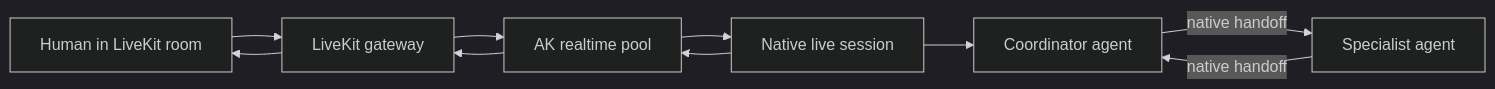
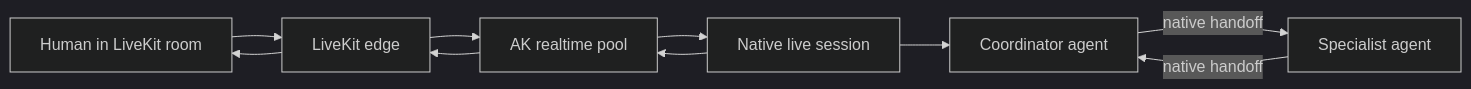
One commit to yaalalabs/agent-kernel changed the diagram in docs/docs/architecture/realtime-internals.md. Above: the diagram before and after it, drawn with Mermaid (dark theme). The commit also changed other lines of this file and 35 other files, not shown here.

````diff
--- a/docs/docs/architecture/realtime-internals.md
+++ b/docs/docs/architecture/realtime-internals.md
@@ -7,10 +7,10 @@
 ```mermaid
 flowchart LR
-    H[Human in LiveKit room] --> G[LiveKit gateway]
+    H[Human in LiveKit room] --> G[LiveKit edge]
     G --> P[AK realtime pool]
     P --> N[Native live session]
     N --> A[Coordinator agent]
     A -->|native handoff| B[Specialist agent]
     B -->|native handoff| A
     N --> P --> G --> H
 ```
````
